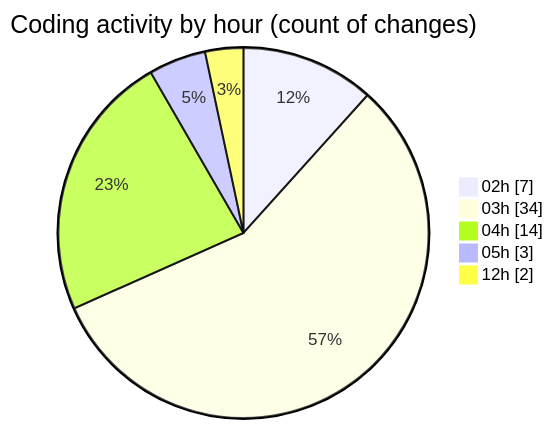
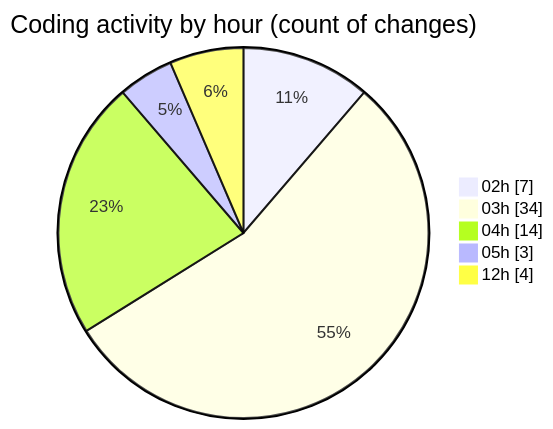
Before and after one commit to JenPaints/code-tracking: the second of 2 diagrams in 2025-05-29/kimberly-groups/README.md, drawn with Mermaid. The commit also changed other lines of this file and 1 other file, not shown here.

````diff
--- a/2025-05-29/kimberly-groups/README.md
+++ b/2025-05-29/kimberly-groups/README.md
@@ -36,9 +37,9 @@
 ```mermaid
 pie showData
 title Coding activity by hour (count of changes)
 "02h" : 7
 "03h" : 34
 "04h" : 14
 "05h" : 3
-"12h" : 2
+"12h" : 4
 ```
````
